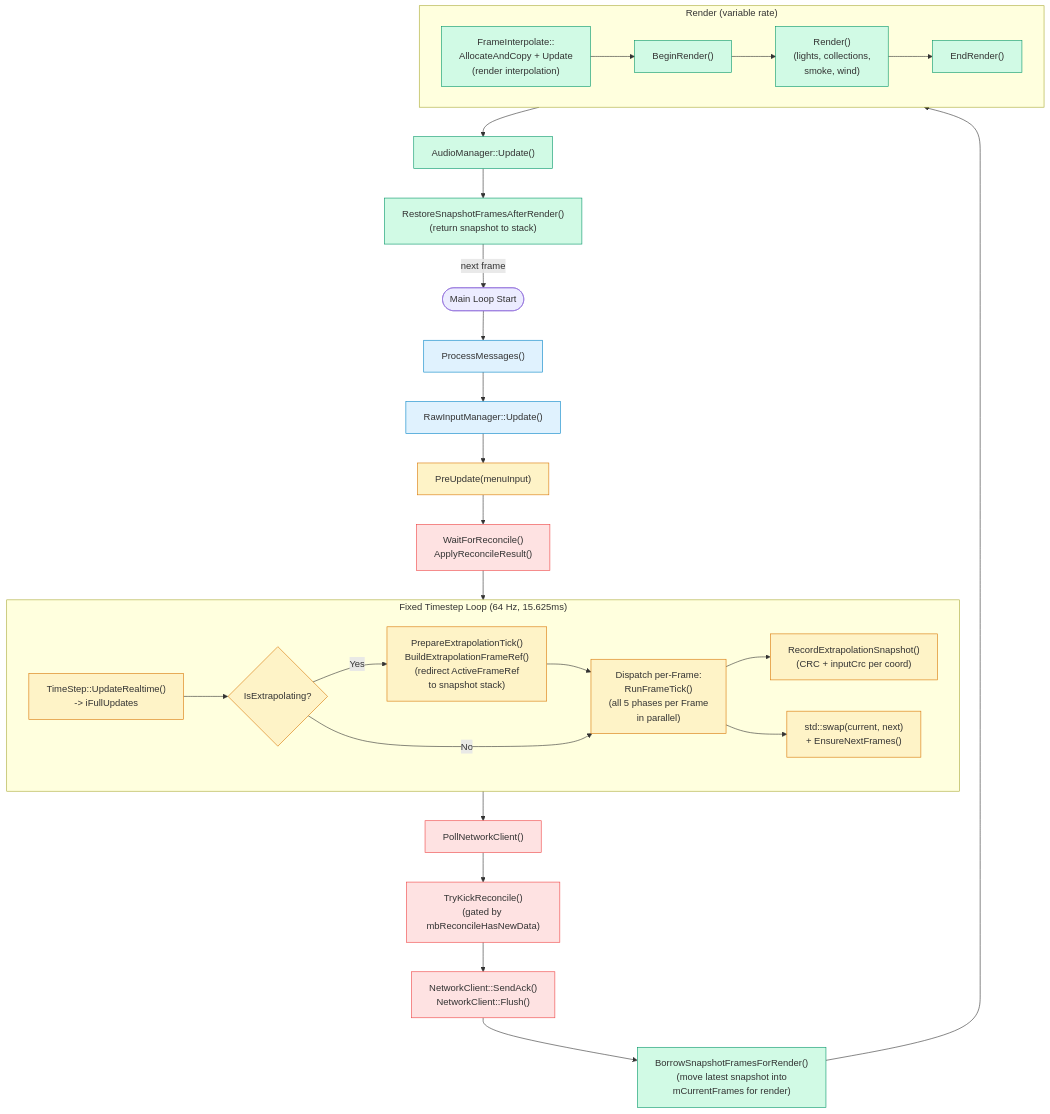
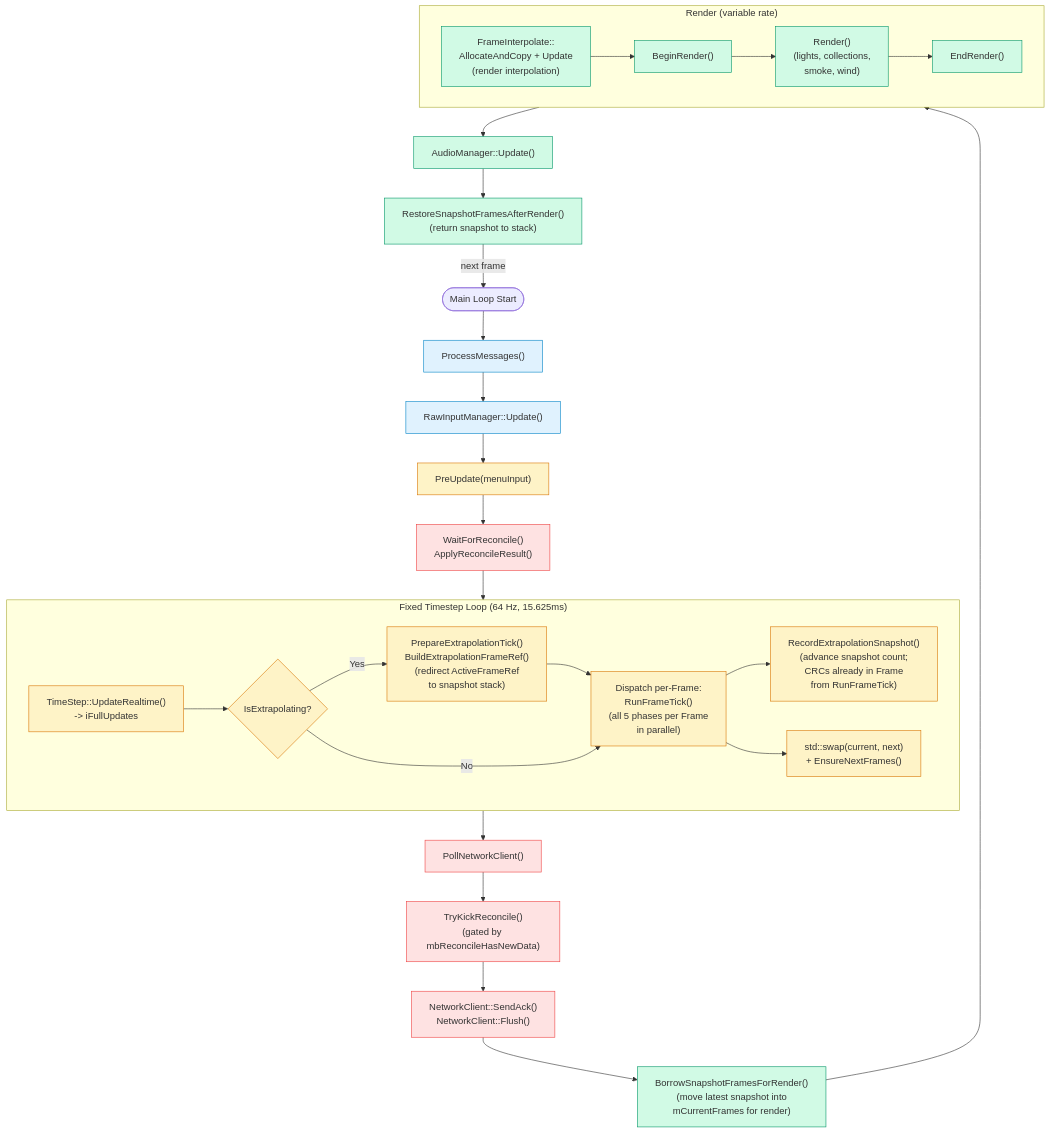
One commit to DougTanner/BrokenEnginePublic changed the second of 5 diagrams in Documents/Architecture/FrameUpdatePipeline.md. Above: the diagram before and after it, drawn with Mermaid. The commit also changed other lines of this file and 151 other files, not shown here.

````diff
--- a/Documents/Architecture/FrameUpdatePipeline.md
+++ b/Documents/Architecture/FrameUpdatePipeline.md
@@ -53,51 +53,51 @@
 ```mermaid
 %%{init: {'theme': 'default'}}%%
 flowchart TD
     classDef input fill:#e0f2fe,stroke:#0284c7
     classDef physics fill:#fef3c7,stroke:#d97706
     classDef network fill:#fee2e2,stroke:#ef4444
     classDef render fill:#d1fae5,stroke:#059669
 
     start(["Main Loop Start"])
 
     msgs["ProcessMessages()"]:::input
     input["RawInputManager::Update()"]:::input
 
     preupdate["PreUpdate(menuInput)"]:::physics
 
     reconcile["WaitForReconcile()<br/>ApplyReconcileResult()"]:::network
 
     subgraph physics_loop ["Fixed Timestep Loop (64 Hz, 15.625ms)"]
         ts["TimeStep::UpdateRealtime()<br/>-> iFullUpdates"]:::physics
         extrap_check{"IsExtrapolating?"}:::physics
         extrap_prep["PrepareExtrapolationTick()<br/>BuildExtrapolationFrameRef()<br/>(redirect ActiveFrameRef<br/>to snapshot stack)"]:::physics
         dispatch["Dispatch per-Frame:<br/>RunFrameTick()<br/>(all 5 phases per Frame<br/>in parallel)"]:::physics
-        extrap_record["RecordExtrapolationSnapshot()<br/>(CRC + inputCrc per coord)"]:::physics
+        extrap_record["RecordExtrapolationSnapshot()<br/>(advance snapshot count;<br/>CRCs already in Frame<br/>from RunFrameTick)"]:::physics
         frame_swap["std::swap(current, next)<br/>+ EnsureNextFrames()"]:::physics
         ts --> extrap_check
         extrap_check -->|"Yes"| extrap_prep --> dispatch --> extrap_record
         extrap_check -->|"No"| dispatch --> frame_swap
     end
 
     net_poll["PollNetworkClient()"]:::network
     kick["TryKickReconcile()<br/>(gated by mbReconcileHasNewData)"]:::network
     send["NetworkClient::SendAck()<br/>NetworkClient::Flush()"]:::network
 
     borrow["BorrowSnapshotFramesForRender()<br/>(move latest snapshot into<br/>mCurrentFrames for render)"]:::render
 
     subgraph render_phase ["Render (variable rate)"]
         r_interp["FrameInterpolate::<br/>AllocateAndCopy + Update<br/>(render interpolation)"]:::render
         r_begin["BeginRender()"]:::render
         r_main["Render()<br/>(lights, collections,<br/>smoke, wind)"]:::render
         r_end["EndRender()"]:::render
         r_interp --> r_begin --> r_main --> r_end
     end
 
     audio["AudioManager::Update()"]:::render
 
     restore["RestoreSnapshotFramesAfterRender()<br/>(return snapshot to stack)"]:::render
 
     start --> msgs --> input --> preupdate --> reconcile --> physics_loop
     physics_loop --> net_poll --> kick --> send --> borrow --> render_phase --> audio --> restore
     restore -->|next frame| start
 ```
````
